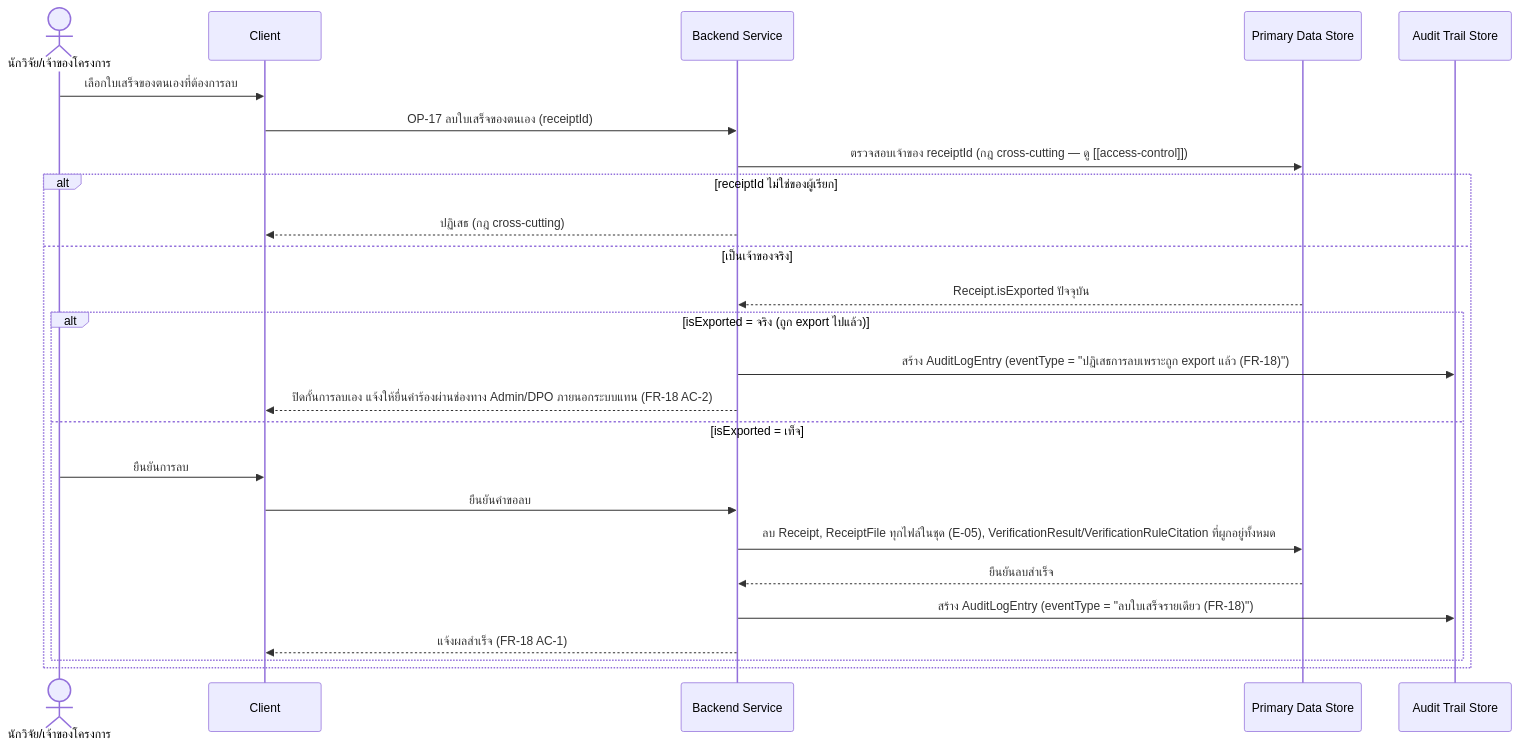
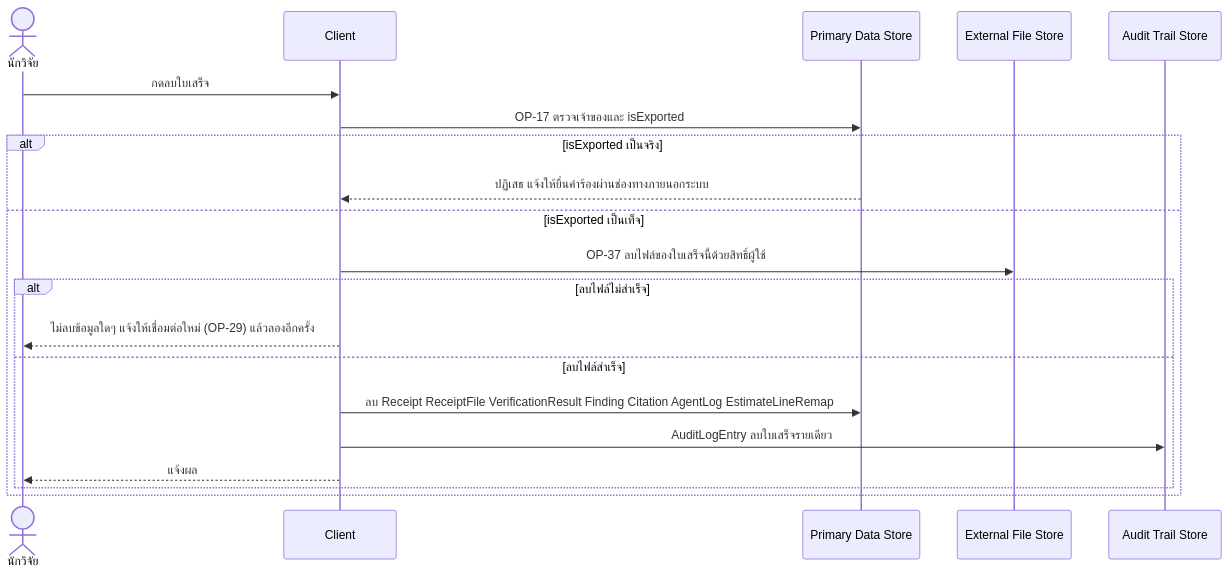
The second of 3 diagrams in docs/02-design/02-technical/detailed-design/right-to-erasure.md (ptrsswnr/Grant-Receipt-Assistant), drawn with Mermaid before and after one commit. The commit also changed other lines of this file and 27 other files, not shown here.

````diff
--- a/docs/02-design/02-technical/detailed-design/right-to-erasure.md
+++ b/docs/02-design/02-technical/detailed-design/right-to-erasure.md
@@ -28,28 +52,23 @@
 ```mermaid
 sequenceDiagram
-    actor R as นักวิจัย/เจ้าของโครงการ
+    actor R as นักวิจัย
     participant C as Client
-    participant B as Backend Service
     participant DS as Primary Data Store
-    participant AT as Audit Trail Store
+    participant FS as External File Store
+    participant AU as Audit Trail Store
 
-    R->>C: เลือกใบเสร็จของตนเองที่ต้องการลบ
-    C->>B: OP-17 ลบใบเสร็จของตนเอง (receiptId)
-    B->>DS: ตรวจสอบเจ้าของ receiptId (กฎ cross-cutting — ดู [[access-control]])
-    alt receiptId ไม่ใช่ของผู้เรียก
-        B-->>C: ปฏิเสธ (กฎ cross-cutting)
-    else เป็นเจ้าของจริง
-        DS-->>B: Receipt.isExported ปัจจุบัน
-        alt isExported = จริง (ถูก export ไปแล้ว)
-            B->>AT: สร้าง AuditLogEntry (eventType = "ปฏิเสธการลบเพราะถูก export แล้ว (FR-18)")
-            B-->>C: ปิดกั้นการลบเอง แจ้งให้ยื่นคำร้องผ่านช่องทาง Admin/DPO ภายนอกระบบแทน (FR-18 AC-2)
-        else isExported = เท็จ
-            R->>C: ยืนยันการลบ
-            C->>B: ยืนยันคำขอลบ
-            B->>DS: ลบ Receipt, ReceiptFile ทุกไฟล์ในชุด (E-05), VerificationResult/VerificationRuleCitation ที่ผูกอยู่ทั้งหมด
-            DS-->>B: ยืนยันลบสำเร็จ
-            B->>AT: สร้าง AuditLogEntry (eventType = "ลบใบเสร็จรายเดียว (FR-18)")
-            B-->>C: แจ้งผลสำเร็จ (FR-18 AC-1)
+    R->>C: กดลบใบเสร็จ
+    C->>DS: OP-17 ตรวจเจ้าของและ isExported
+    alt isExported เป็นจริง
+        DS-->>C: ปฏิเสธ แจ้งให้ยื่นคำร้องผ่านช่องทางภายนอกระบบ
+    else isExported เป็นเท็จ
+        C->>FS: OP-37 ลบไฟล์ของใบเสร็จนี้ด้วยสิทธิ์ผู้ใช้
+        alt ลบไฟล์ไม่สำเร็จ
+            C-->>R: ไม่ลบข้อมูลใดๆ แจ้งให้เชื่อมต่อใหม่ (OP-29) แล้วลองอีกครั้ง
+        else ลบไฟล์สำเร็จ
+            C->>DS: ลบ Receipt ReceiptFile VerificationResult Finding Citation AgentLog EstimateLineRemap
+            C->>AU: AuditLogEntry ลบใบเสร็จรายเดียว
+            C-->>R: แจ้งผล
         end
     end
 ```
````
